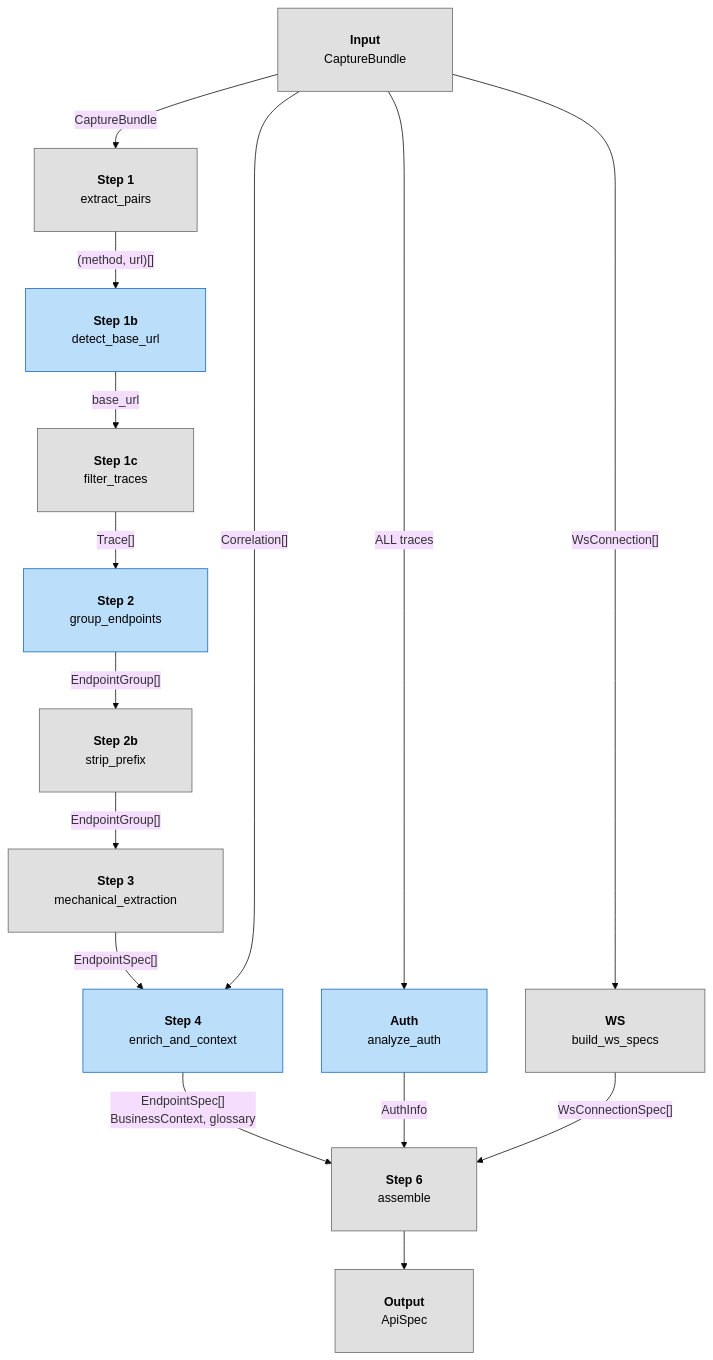
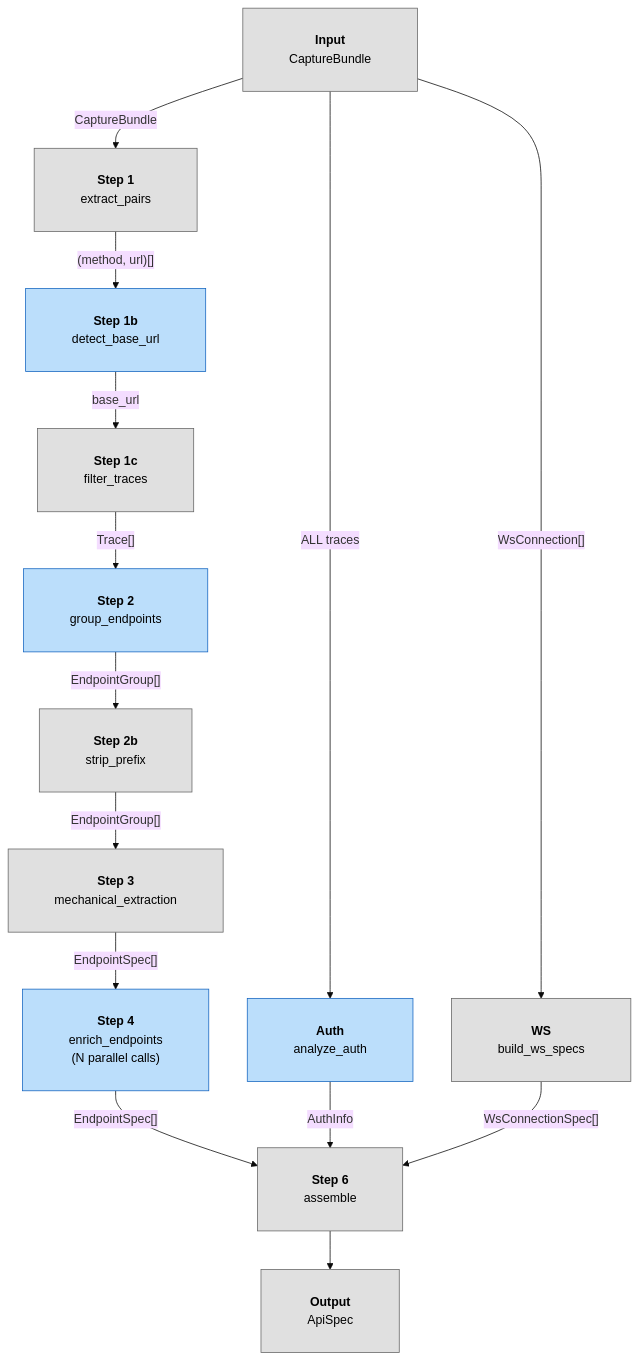
One commit to romain-gilliotte/spectral changed the diagram in _documentation/analyze/steps/00-overview.md. Above: the diagram before and after it, drawn with Mermaid (base theme). The commit also changed other lines of this file and 17 other files, not shown here.

First line of the commit message:
refactor: split enrichment into parallel per-endpoint LLM calls

````diff
--- a/_documentation/analyze/steps/00-overview.md
+++ b/_documentation/analyze/steps/00-overview.md
@@ -57,44 +57,43 @@
 ```mermaid
 ---
 config:
   flowchart:
     useMaxWidth: false
     wrappingWidth: 400
     padding: 30
 ---
 flowchart TD
     input["<b>Input</b><br>CaptureBundle"]
 
     step1["<b>Step 1</b><br>extract_pairs"]
     step1b["<b>Step 1b</b><br>detect_base_url"]
     step1c["<b>Step 1c</b><br>filter_traces"]
     step2["<b>Step 2</b><br>group_endpoints"]
     step2b["<b>Step 2b</b><br>strip_prefix"]
     step3["<b>Step 3</b><br>mechanical_extraction"]
-    step4["<b>Step 4</b><br>enrich_and_context"]
+    step4["<b>Step 4</b><br>enrich_endpoints<br>(N parallel calls)"]
     step_auth["<b>Auth</b><br>analyze_auth"]
     step_ws["<b>WS</b><br>build_ws_specs"]
     step6["<b>Step 6</b><br>assemble"]
     output["<b>Output</b><br>ApiSpec"]
 
     input -- "CaptureBundle" --> step1
     input -- "WsConnection[]" --> step_ws
     input -- "ALL traces" --> step_auth
     step1 -- "(method, url)[]" --> step1b
     step1b -- "base_url" --> step1c
     step1c -- "Trace[]" --> step2
     step2 -- "EndpointGroup[]" --> step2b
     step2b -- "EndpointGroup[]" --> step3
     step3 -- "EndpointSpec[]" --> step4
-    input -- "Correlation[]" --> step4
-    step4 -- "EndpointSpec[]<br>BusinessContext, glossary" --> step6
+    step4 -- "EndpointSpec[]" --> step6
     step_auth -- "AuthInfo" --> step6
     step_ws -- "WsConnectionSpec[]" --> step6
     step6 --> output
 
     classDef mech fill:#e0e0e0,stroke:#666,color:#000
     classDef llm fill:#bbdefb,stroke:#1565c0,color:#000
 
     class input,step1,step1c,step2b,step3,step_ws,step6,output mech
     class step1b,step2,step4,step_auth llm
 ```
````
